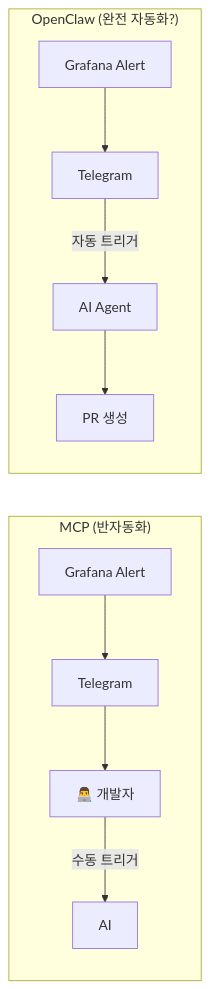
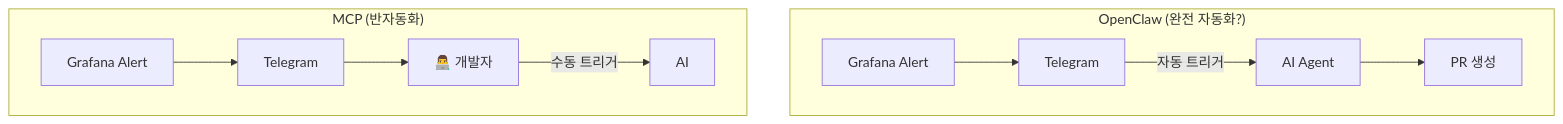
One commit to 12OneTwo12/12OneTwo12.github.io changed the third of 6 diagrams in content/blog/trends/openclaw-error-autopilot.ko.md. Above: the diagram before and after it, drawn with Mermaid. The commit also changed other lines of this file and 1 other file, not shown here.

Commit message:
docs: openclaw 에러 처리 자동화 글 mermaid 수정

````diff
--- a/content/blog/trends/openclaw-error-autopilot.ko.md
+++ b/content/blog/trends/openclaw-error-autopilot.ko.md
@@ -161,14 +161,14 @@
 ```mermaid
-flowchart LR
+flowchart TB
+    subgraph After["OpenClaw (완전 자동화?)"]
+        Alert2["Grafana Alert"] --> TG2["Telegram"]
+        TG2 -->|"자동 트리거"| AI2["AI Agent"]
+        AI2 --> PR["PR 생성"]
+    end
+
     subgraph Before["MCP (반자동화)"]
         Alert1["Grafana Alert"] --> TG1["Telegram"]
         TG1 --> Human1["👨‍💻 개발자"]
         Human1 -->|"수동 트리거"| AI1["AI"]
     end
-
-    subgraph After["OpenClaw (완전 자동화?)"]
-        Alert2["Grafana Alert"] --> TG2["Telegram"]
-        TG2 -->|"자동 트리거"| AI2["AI Agent"]
-        AI2 --> PR["PR 생성"]
-    end
 ```
````
